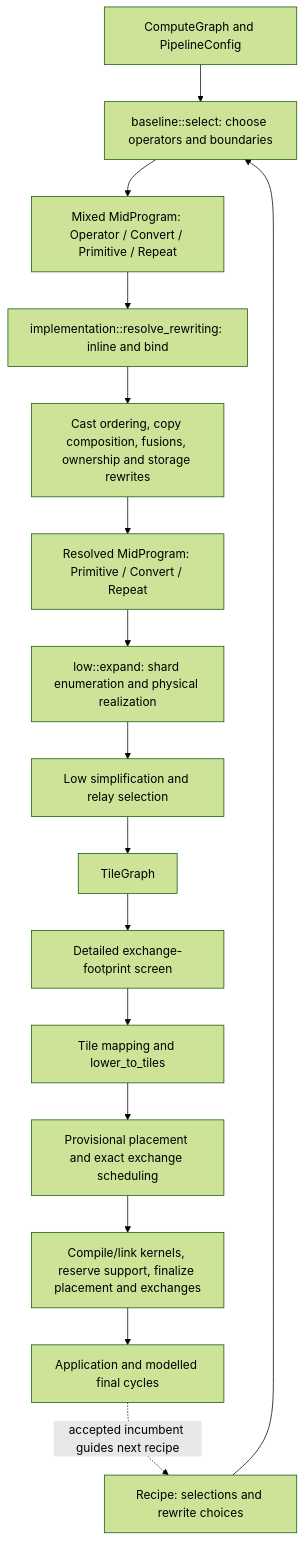
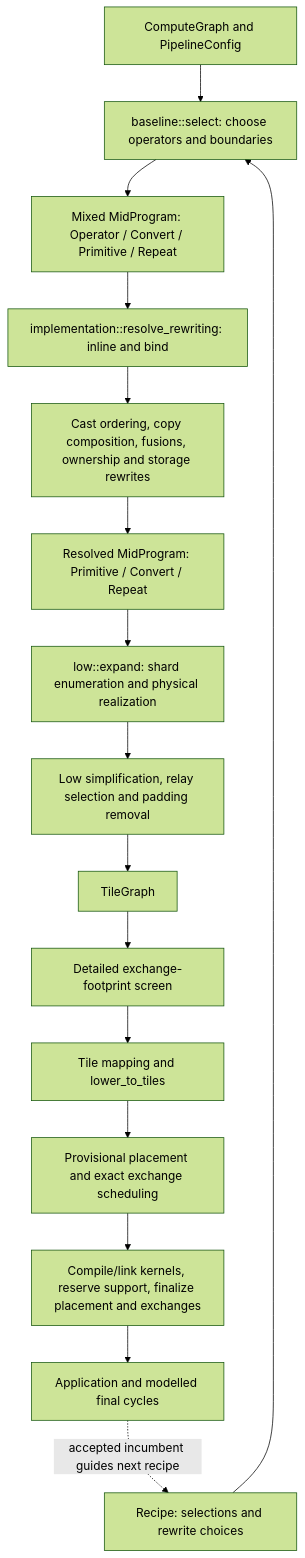
One commit to osmarks/ipu-stack changed the first of 3 diagrams in docs/COMPILER_DATA_FLOW.md. Above: the diagram before and after it, drawn with Mermaid (forest theme). The commit also changed other lines of this file and 12 other files, not shown here.

Commit message:
Make the low graph authoritative for padding removal and execution

````diff
--- a/docs/COMPILER_DATA_FLOW.md
+++ b/docs/COMPILER_DATA_FLOW.md
@@ -39,18 +39,18 @@
 ```mermaid
 flowchart TD
   G[ComputeGraph and PipelineConfig] --> P[baseline::select: choose operators and boundaries]
   R[Recipe: selections and rewrite choices] --> P
   P --> U[Mixed MidProgram: Operator / Convert / Primitive / Repeat]
   U --> I[implementation::resolve_rewriting: inline and bind]
   I --> W[Cast ordering, copy composition, fusions, ownership and storage rewrites]
   W --> M[Resolved MidProgram: Primitive / Convert / Repeat]
   M --> E[low::expand: shard enumeration and physical realization]
-  E --> O[Low simplification and relay selection]
+  E --> O[Low simplification, relay selection and padding removal]
   O --> T[TileGraph]
   T --> F[Detailed exchange-footprint screen]
   F --> L[Tile mapping and lower_to_tiles]
   L --> V[Provisional placement and exact exchange scheduling]
   V --> B[Compile/link kernels, reserve support, finalize placement and exchanges]
   B --> A[Application and modelled final cycles]
   A -. accepted incumbent guides next recipe .-> R
 ```
````
